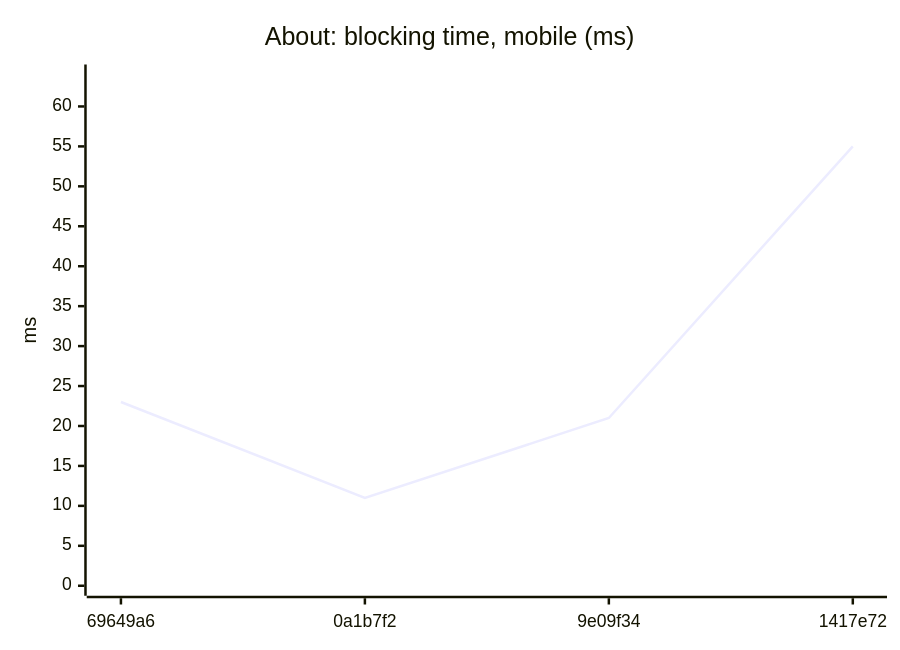
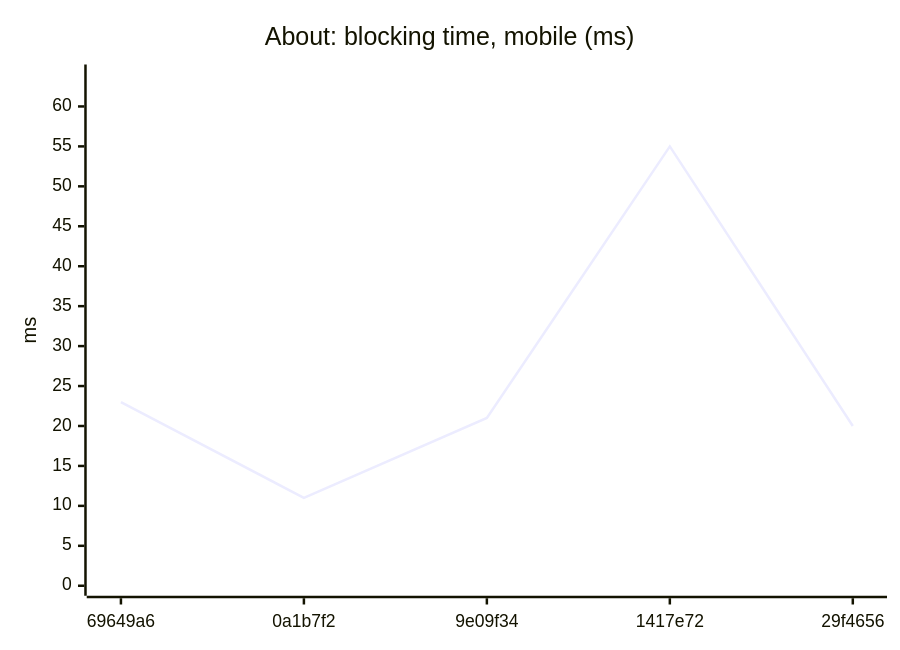
Before and after one commit to AxelUser/maltsev.space: the sixth of 18 diagrams in README.md, drawn with Mermaid. The commit also changed other lines of this file and 1 other file, not shown here.

````diff
--- a/README.md
+++ b/README.md
@@ -79,7 +79,7 @@
 ```mermaid
 xychart-beta
   title "About: blocking time, mobile (ms)"
-  x-axis ["69649a6", "0a1b7f2", "9e09f34", "1417e72"]
+  x-axis ["69649a6", "0a1b7f2", "9e09f34", "1417e72", "29f4656"]
   y-axis "ms" 0 --> 64
-  line [23, 11, 21, 55]
+  line [23, 11, 21, 55, 20]
 ```
````
